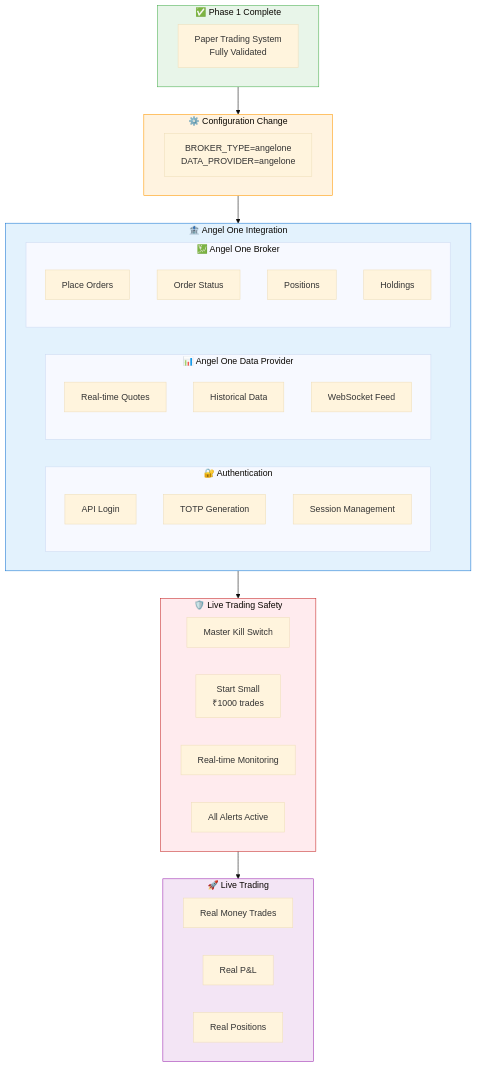
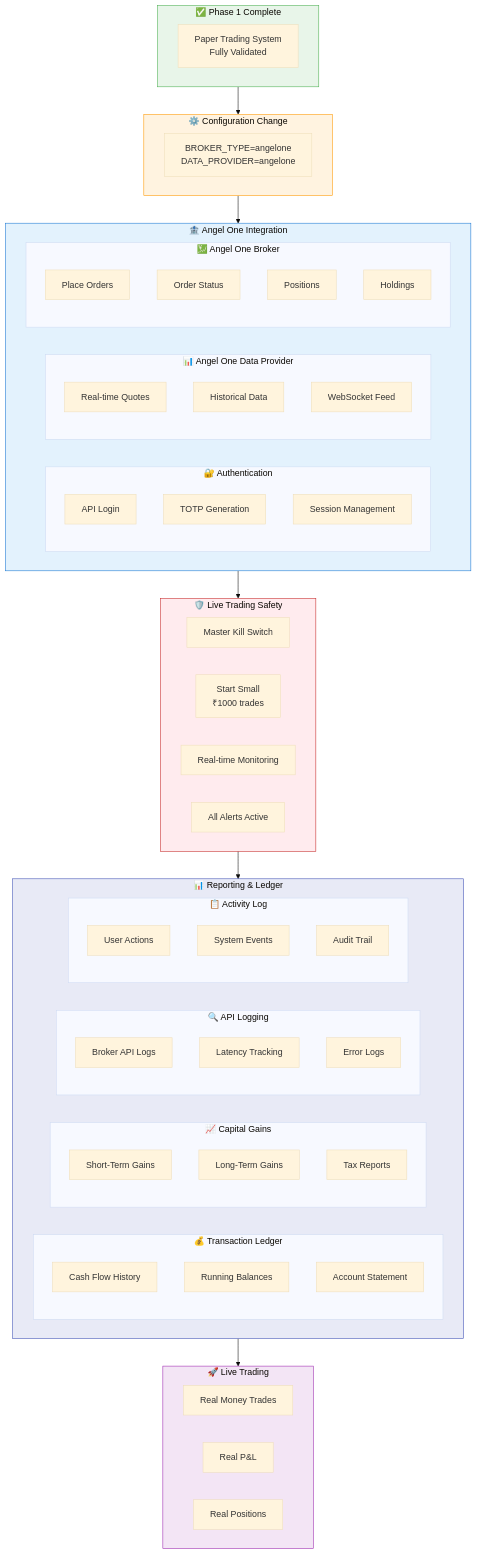
One commit to vinay-raghavan/portfolio-management-system changed diagram 14 of 15 in docs/TODO.md. Above: the diagram before and after it, drawn with Mermaid (base theme). The commit also changed other lines of this file and 66 other files, not shown here.

````diff
--- a/docs/TODO.md
+++ b/docs/TODO.md
@@ -2720,6 +2722,32 @@
         AlertsActive[All Alerts Active]
     end
 
+    subgraph ReportingSystem["📊 Reporting & Ledger"]
+        subgraph Ledger["💰 Transaction Ledger"]
+            TxnHistory[Cash Flow History]
+            RunningBalance[Running Balances]
+            Statement[Account Statement]
+        end
+
+        subgraph CapGains["📈 Capital Gains"]
+            STCG[Short-Term Gains]
+            LTCG[Long-Term Gains]
+            TaxReport[Tax Reports]
+        end
+
+        subgraph APILogs["🔍 API Logging"]
+            BrokerLogs[Broker API Logs]
+            Latency[Latency Tracking]
+            ErrorLogs[Error Logs]
+        end
+
+        subgraph Activity["📋 Activity Log"]
+            UserActions[User Actions]
+            SystemEvents[System Events]
+            AuditTrail[Audit Trail]
+        end
+    end
+
     subgraph LiveTrading["🚀 Live Trading"]
         RealMoney[Real Money Trades]
         RealPnL[Real P&L]
@@ -2729,11 +2757,13 @@
     Phase1Complete --> ConfigChange
     ConfigChange --> AngelOne
     AngelOne --> SafetyLayer
-    SafetyLayer --> LiveTrading
+    SafetyLayer --> ReportingSystem
+    ReportingSystem --> LiveTrading
 
     style Phase1Complete fill:#e8f5e9,stroke:#4caf50
     style ConfigChange fill:#fff3e0,stroke:#ff9800
     style AngelOne fill:#e3f2fd,stroke:#1976d2
     style SafetyLayer fill:#ffebee,stroke:#c62828
+    style ReportingSystem fill:#e8eaf6,stroke:#3f51b5
     style LiveTrading fill:#f3e5f5,stroke:#9c27b0
 ```
````
